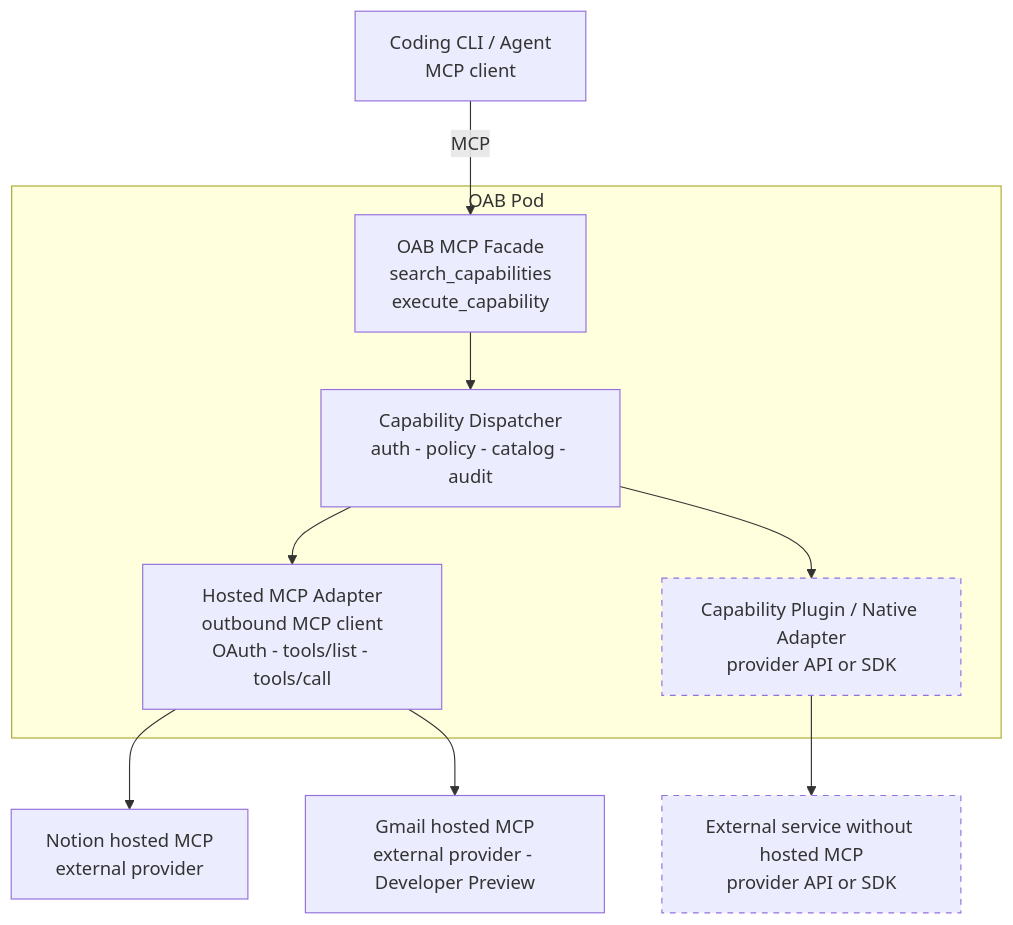
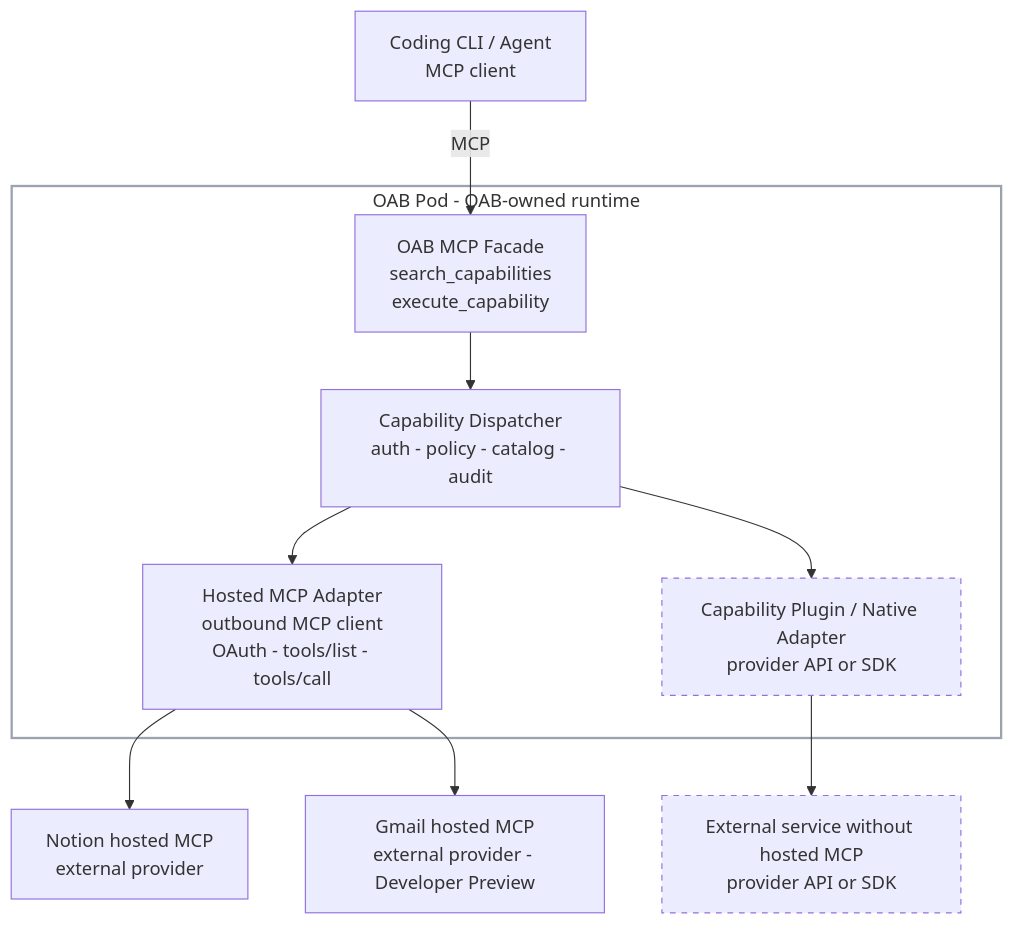
Before and after one commit to openabdev/openab: the diagram in docs/adr/oab-mcp-adapter.md, drawn with Mermaid.

Commit message:
docs(adr): make pod boundary explicit

````diff
--- a/docs/adr/oab-mcp-adapter.md
+++ b/docs/adr/oab-mcp-adapter.md
@@ -81,27 +81,28 @@
 ```mermaid
 flowchart TD
     A["Coding CLI / Agent<br/>MCP client"]
 
-    subgraph POD["OAB Pod"]
+    subgraph OAB_POD["OAB Pod - OAB-owned runtime"]
         F["OAB MCP Facade<br/>search_capabilities<br/>execute_capability"]
         D["Capability Dispatcher<br/>auth - policy - catalog - audit"]
         M["Hosted MCP Adapter<br/>outbound MCP client<br/>OAuth - tools/list - tools/call"]
         P["Capability Plugin / Native Adapter<br/>provider API or SDK"]
 
         F --> D
         D --> M
         D --> P
     end
 
     N["Notion hosted MCP<br/>external provider"]
     G["Gmail hosted MCP<br/>external provider - Developer Preview"]
     X["External service without hosted MCP<br/>provider API or SDK"]
 
     A -->|MCP| F
     M --> N
     M --> G
     P --> X
 
+    style OAB_POD fill:none,stroke:#9ca3af,stroke-width:2px
     style P stroke-dasharray: 5 5
     style X stroke-dasharray: 5 5
 ```
````
